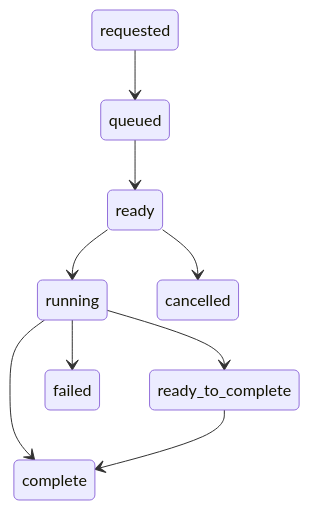
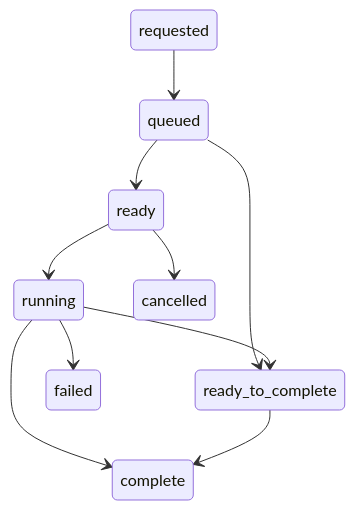
The third of 3 diagrams in pkg/state/README.md (block/schemabot), drawn with Mermaid before and after one commit. The commit also changed other lines of this file and 3 other files, not shown here.

````diff
--- a/pkg/state/README.md
+++ b/pkg/state/README.md
@@ -193,11 +193,12 @@
 ```mermaid
 stateDiagram-v2
     requested --> queued
     queued --> ready
     ready --> running
     ready --> cancelled
+    queued --> ready_to_complete
     running --> complete
     running --> ready_to_complete
     running --> failed
     ready_to_complete --> complete
 ```
````
